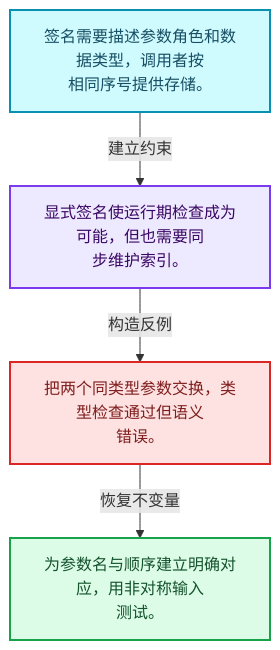
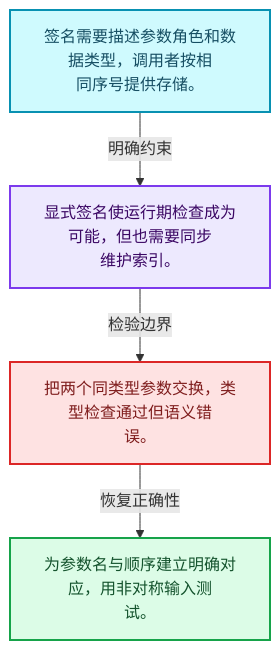
One commit to yunkezengren/blender-.vscode changed the first of 4 diagrams in 杂/markdown/全面学习-codex/07-MultiFunction与批量执行/02-函数签名.md. Above: the diagram before and after it, drawn with Mermaid. The commit also changed other lines of this file and 1930 other files, not shown here.

````diff
--- a/杂/markdown/全面学习-codex/07-MultiFunction与批量执行/02-函数签名.md
+++ b/杂/markdown/全面学习-codex/07-MultiFunction与批量执行/02-函数签名.md
@@ -29,16 +29,16 @@
 ```mermaid
 flowchart TB
-  M["签名需要描述参数角色和数据类型，调用者按<br/>相同序号提供存储。"]:::data
-  T["显式签名使运行期检查成为可能，但也需要同<br/>步维护索引。"]:::abstraction
-  X["把两个同类型参数交换，类型检查通过但语义<br/>错误。"]:::error
-  A["为参数名与顺序建立明确对应，用非对称输入<br/>测试。"]:::result
-  M -->|"建立约束"| T
-  T -->|"构造反例"| X
-  X -->|"恢复不变量"| A
+  M["签名需要描述参数角色和数据类型，调用者按相<br/>同序号提供存储。"]:::data
+  C["显式签名使运行期检查成为可能，但也需要同步<br/>维护索引。"]:::abstraction
+  B["把两个同类型参数交换，类型检查通过但语义错<br/>误。"]:::error
+  R["为参数名与顺序建立明确对应，用非对称输入测<br/>试。"]:::result
+  M -->|"明确约束"| C
+  C -->|"检验边界"| B
+  B -->|"恢复正确性"| R
   classDef input fill:#DBEAFE,stroke:#2563EB,color:#172554,stroke-width:2px;
   classDef data fill:#CFFAFE,stroke:#0891B2,color:#164E63,stroke-width:2px;
   classDef abstraction fill:#EDE9FE,stroke:#7C3AED,color:#3B0764,stroke-width:2px;
   classDef compute fill:#FEF3C7,stroke:#D97706,color:#78350F,stroke-width:2px;
   classDef result fill:#DCFCE7,stroke:#16A34A,color:#14532D,stroke-width:2px;
   classDef error fill:#FEE2E2,stroke:#DC2626,color:#7F1D1D,stroke-width:2px;
 ```
````
